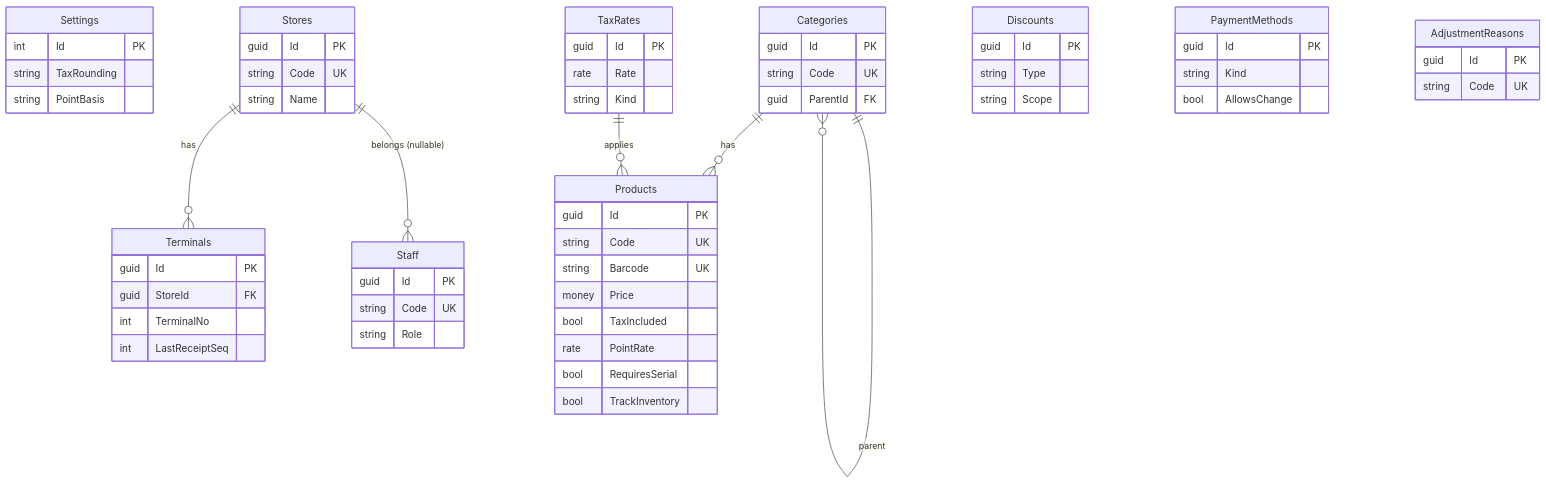
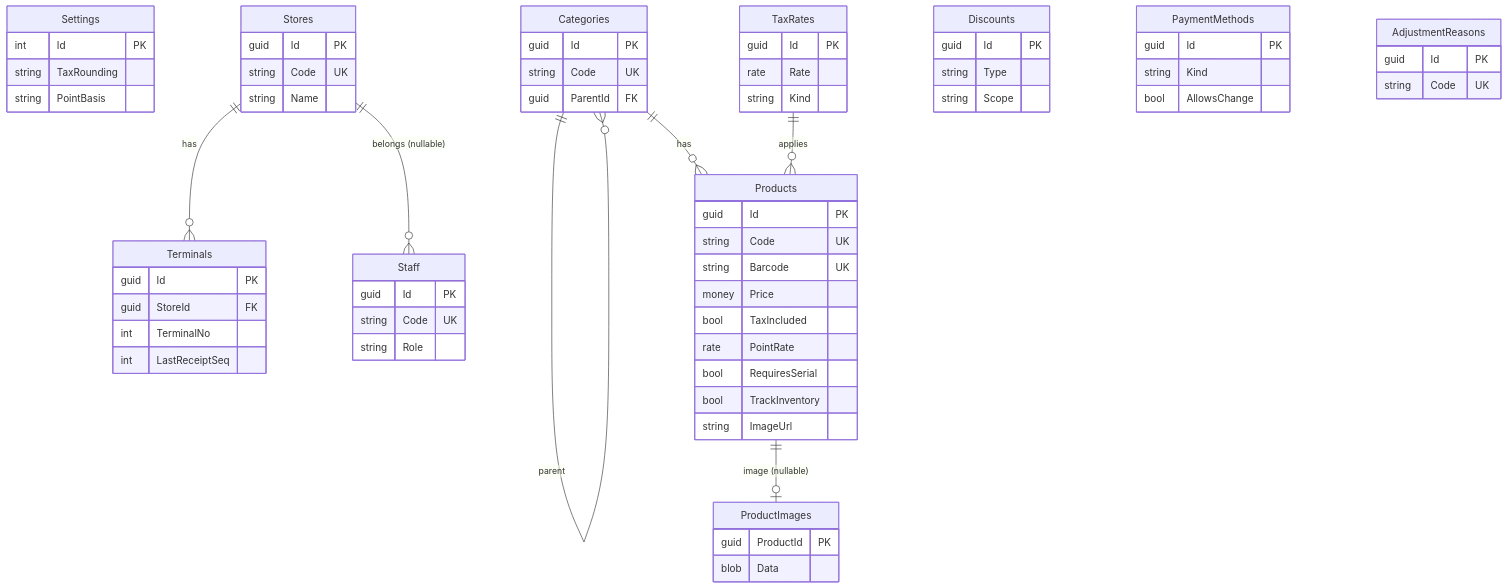
One commit to usausa/example-maui-pos changed the first of 3 diagrams in docs/db-design.md. Above: the diagram before and after it, drawn with Mermaid. The commit also changed other lines of this file and 312 other files, not shown here.

````diff
--- a/docs/db-design.md
+++ b/docs/db-design.md
@@ -52,63 +52,69 @@
 ```mermaid
 erDiagram
     Settings {
         int Id PK
         string TaxRounding
         string PointBasis
     }
     Stores ||--o{ Terminals : has
     Stores ||--o{ Staff : "belongs (nullable)"
     Categories ||--o{ Categories : parent
     Categories ||--o{ Products : has
     TaxRates ||--o{ Products : applies
+    Products ||--o| ProductImages : "image (nullable)"
     Stores {
         guid Id PK
         string Code UK
         string Name
     }
     Terminals {
         guid Id PK
         guid StoreId FK
         int TerminalNo
         int LastReceiptSeq
     }
     Staff {
         guid Id PK
         string Code UK
         string Role
     }
     Categories {
         guid Id PK
         string Code UK
         guid ParentId FK
     }
     TaxRates {
         guid Id PK
         rate Rate
         string Kind
     }
     Products {
         guid Id PK
         string Code UK
         string Barcode UK
         money Price
         bool TaxIncluded
         rate PointRate
         bool RequiresSerial
         bool TrackInventory
+        string ImageUrl
+    }
+    ProductImages {
+        guid ProductId PK
+        blob Data
     }
     Discounts {
         guid Id PK
         string Type
         string Scope
     }
     PaymentMethods {
         guid Id PK
         string Kind
         bool AllowsChange
     }
     AdjustmentReasons {
         guid Id PK
         string Code UK
     }
 ```
````
